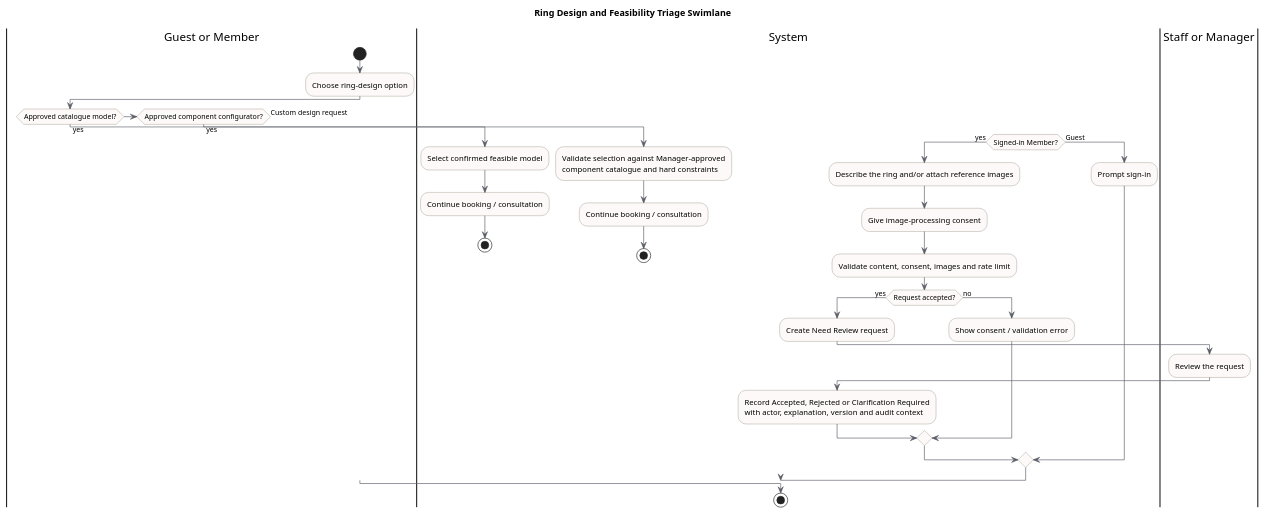
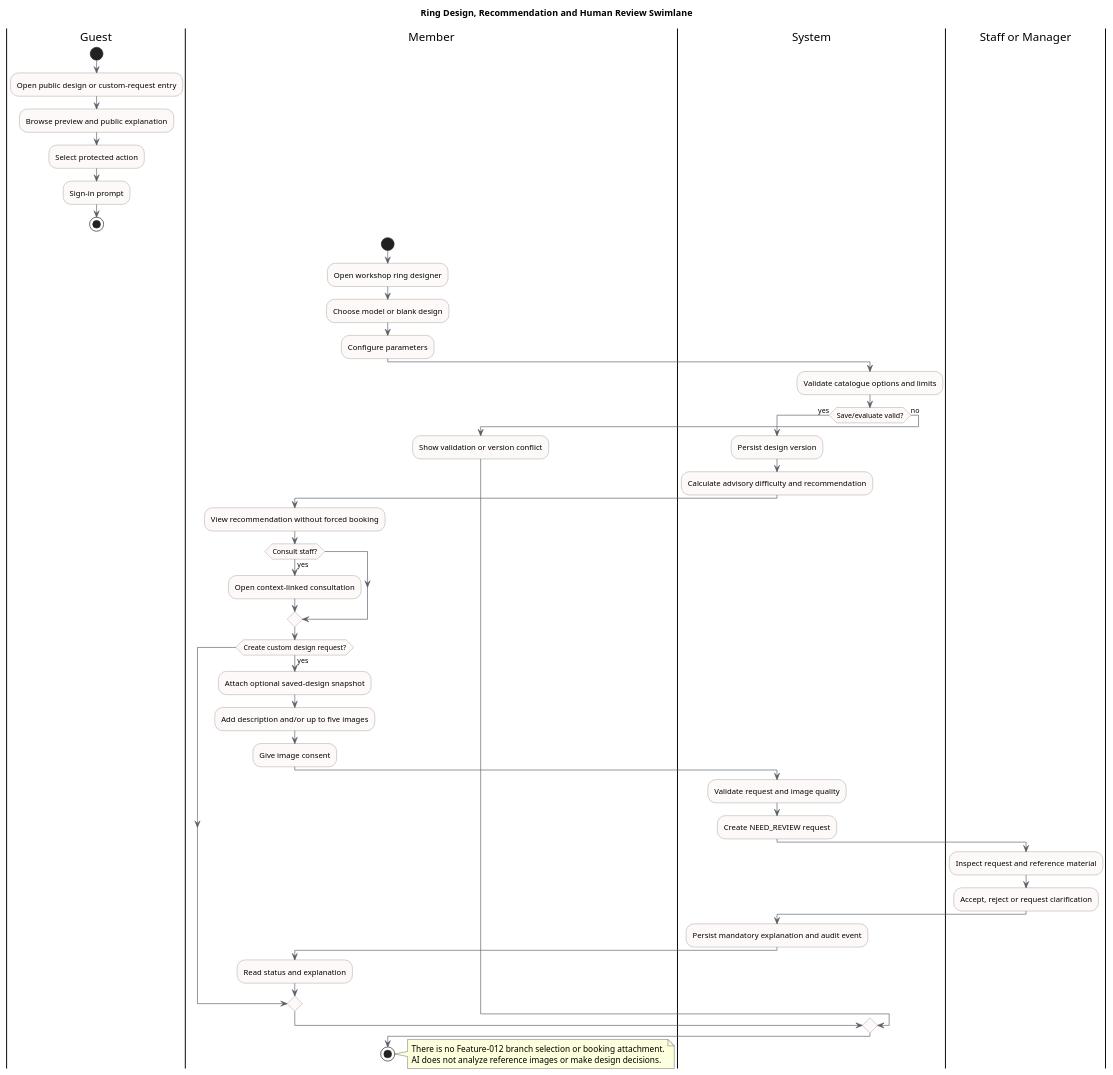
Before and after one commit to quoc-ca/mland-operations-hub: the diagram in documents/docs/report-3-software-requirement-specification/assets/diagrams/workflows/11-ring-design-triage-swimlane.puml, drawn with PlantUML. The commit also changed 20 other files, not shown here.

```diff
--- a/documents/docs/report-3-software-requirement-specification/assets/diagrams/workflows/11-ring-design-triage-swimlane.puml
+++ b/documents/docs/report-3-software-requirement-specification/assets/diagrams/workflows/11-ring-design-triage-swimlane.puml
@@ -1,48 +1,58 @@
 @startuml
 !pragma charset UTF-8
-title Ring Design and Feasibility Triage Swimlane
+title Ring Design, Recommendation and Human Review Swimlane
 skinparam shadowing false
 skinparam activity {
   BackgroundColor #FCF9F8
   BorderColor #807663
   ArrowColor #5B5E67
 }
 
-|Guest or Member|
+|Guest|
 start
-:Choose ring-design option;
-if (Approved catalogue model?) then (yes)
-  |System|
-  :Select confirmed feasible model;
-  :Continue booking / consultation;
-  stop
-elseif (Approved component configurator?) then (yes)
-  |System|
-  :Validate selection against Manager-approved\ncomponent catalogue and hard constraints;
-  :Continue booking / consultation;
-  stop
-else (Custom design request)
-  if (Signed-in Member?) then (yes)
-    :Describe the ring and/or attach reference images;
-    :Give image-processing consent;
+:Open public design or custom-request entry;
+:Browse preview and public explanation;
+:Select protected action;
+:Sign-in prompt;
+stop
+
+|Member|
+start
+:Open workshop ring designer;
+:Choose model or blank design;
+:Configure parameters;
+|System|
+:Validate catalogue options and limits;
+if (Save/evaluate valid?) then (yes)
+  :Persist design version;
+  :Calculate advisory difficulty and recommendation;
+  |Member|
+  :View recommendation without forced booking;
+  if (Consult staff?) then (yes)
+    :Open context-linked consultation;
+  endif
+  if (Create custom design request?) then (yes)
+    :Attach optional saved-design snapshot;
+    :Add description and/or up to five images;
+    :Give image consent;
     |System|
-    :Validate content, consent, images and rate limit;
-  if (Request accepted?) then (yes)
-    :Create Need Review request;
+    :Validate request and image quality;
+    :Create NEED_REVIEW request;
     |Staff or Manager|
-    :Review the request;
+    :Inspect request and reference material;
+    :Accept, reject or request clarification;
     |System|
-    :Record Accepted, Rejected or Clarification Required\nwith actor, explanation, version and audit context;
-  else (no)
-    :Show consent / validation error;
+    :Persist mandatory explanation and audit event;
+    |Member|
+    :Read status and explanation;
   endif
-  else (Guest)
-    :Prompt sign-in;
-  endif
+else (no)
+  :Show validation or version conflict;
 endif
+stop
 
 note right
-Only a Member can submit a request. Staff or Manager decides by hand; no AI is used.
+There is no Feature-012 branch selection or booking attachment.
+AI does not analyze reference images or make design decisions.
 end note
-stop
 @enduml
```
